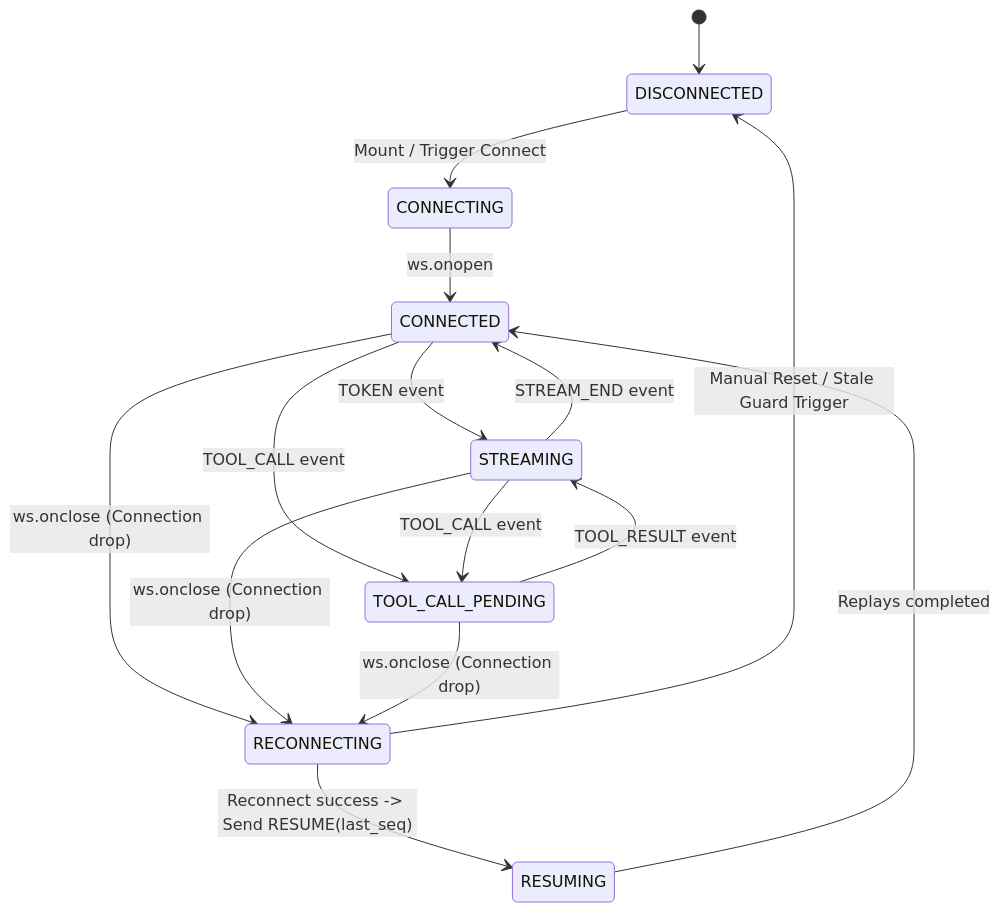
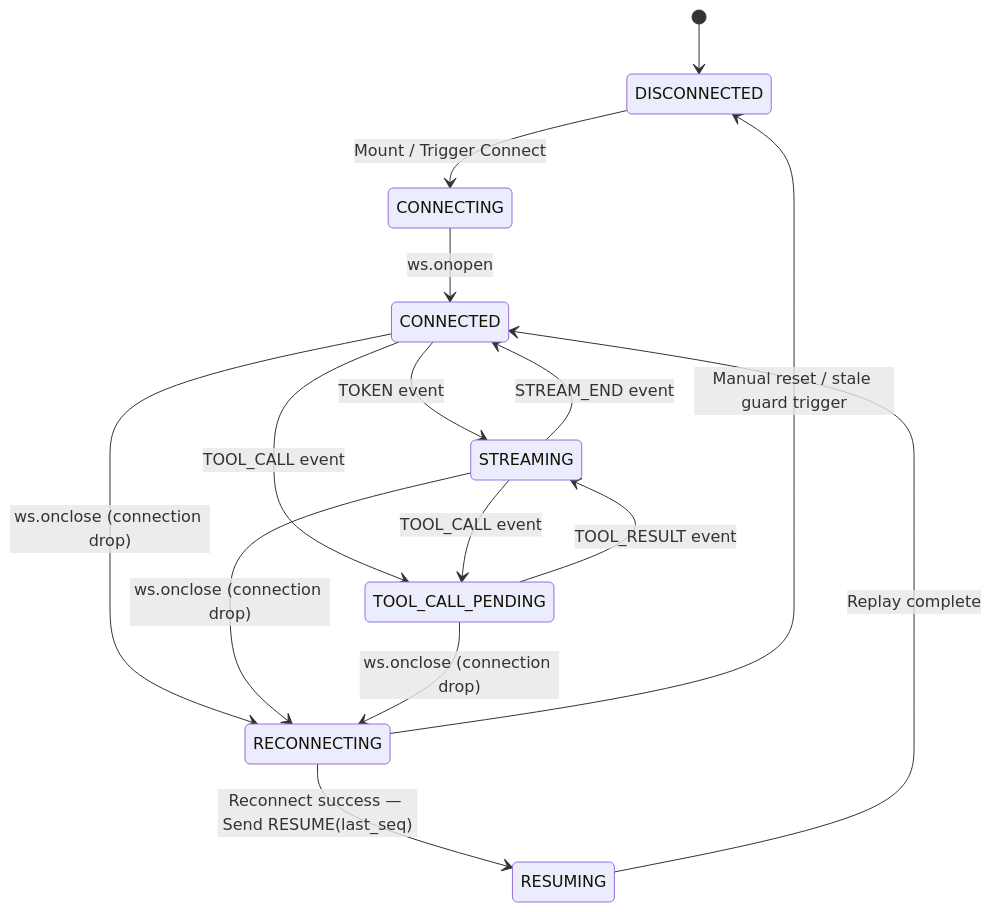
Before and after one commit to pvsaravanan/alchemyst-agent-console: the second of 2 diagrams in README.md, drawn with Mermaid. The commit also changed other lines of this file, not shown here.

````diff
--- a/README.md
+++ b/README.md
@@ -72,19 +75,19 @@
 ```mermaid
 stateDiagram-v2
     [*] --> DISCONNECTED
     DISCONNECTED --> CONNECTING : Mount / Trigger Connect
     CONNECTING --> CONNECTED : ws.onopen
     CONNECTED --> STREAMING : TOKEN event
     CONNECTED --> TOOL_CALL_PENDING : TOOL_CALL event
     STREAMING --> TOOL_CALL_PENDING : TOOL_CALL event
     STREAMING --> CONNECTED : STREAM_END event
     TOOL_CALL_PENDING --> STREAMING : TOOL_RESULT event
-    
-    CONNECTED --> RECONNECTING : ws.onclose (Connection drop)
-    STREAMING --> RECONNECTING : ws.onclose (Connection drop)
-    TOOL_CALL_PENDING --> RECONNECTING : ws.onclose (Connection drop)
-    
-    RECONNECTING --> RESUMING : Reconnect success -> Send RESUME(last_seq)
-    RESUMING --> CONNECTED : Replays completed
-    RECONNECTING --> DISCONNECTED : Manual Reset / Stale Guard Trigger
+
+    CONNECTED --> RECONNECTING : ws.onclose (connection drop)
+    STREAMING --> RECONNECTING : ws.onclose (connection drop)
+    TOOL_CALL_PENDING --> RECONNECTING : ws.onclose (connection drop)
+
+    RECONNECTING --> RESUMING : Reconnect success — Send RESUME(last_seq)
+    RESUMING --> CONNECTED : Replay complete
+    RECONNECTING --> DISCONNECTED : Manual reset / stale guard trigger
 ```
````
